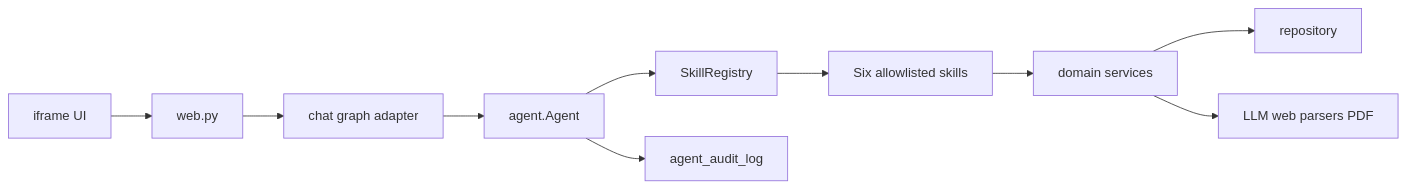
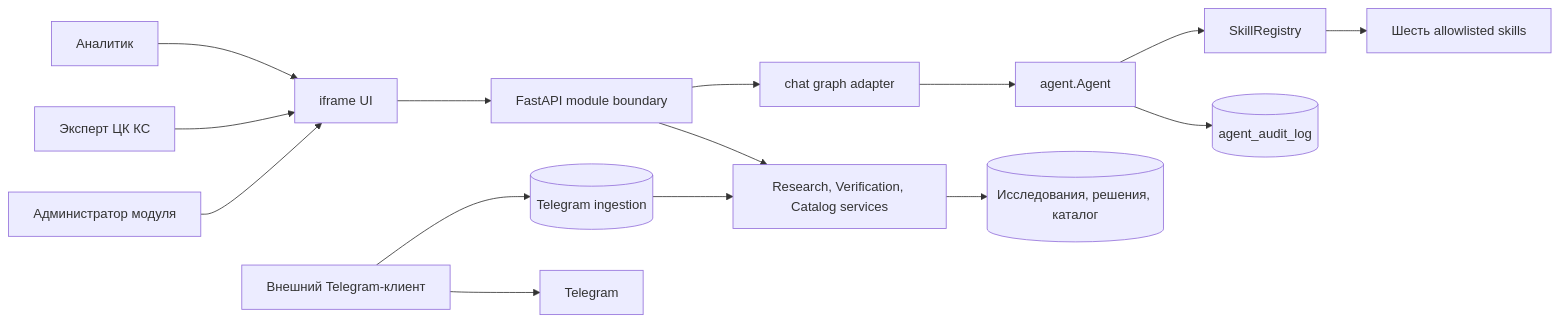
One commit to SashaEee/auditLens changed the first of 3 diagrams in docs/loophole/bmad/planning-artifacts/architecture/architecture-auditLens-2026-08-26/ARCHITECTURE-SPINE.md. Above: the diagram before and after it, drawn with Mermaid. The commit also changed other lines of this file and 12 other files, not shown here.

````diff
--- a/docs/loophole/bmad/planning-artifacts/architecture/architecture-auditLens-2026-08-26/ARCHITECTURE-SPINE.md
+++ b/docs/loophole/bmad/planning-artifacts/architecture/architecture-auditLens-2026-08-26/ARCHITECTURE-SPINE.md
@@ -26,12 +28,17 @@
 ```mermaid
 flowchart LR
-  UI[iframe UI] --> WEB[web.py]
-  WEB --> CHAT[chat graph adapter]
+  Analyst[Аналитик] --> UI[iframe UI]
+  Expert[Эксперт ЦК КС] --> UI
+  Admin[Администратор модуля] --> UI
+  UI --> API[FastAPI module boundary]
+  API --> APP[Research, Verification, Catalog services]
+  API --> CHAT[chat graph adapter]
   CHAT --> AGENT[agent.Agent]
   AGENT --> REG[SkillRegistry]
-  REG --> SKILLS[Six allowlisted skills]
-  SKILLS --> DOMAIN[domain services]
-  DOMAIN --> REPO[repository]
-  DOMAIN --> EXT[LLM web parsers PDF]
-  AGENT --> AUDIT[agent_audit_log]
+  REG --> SKILLS[Шесть allowlisted skills]
+  APP --> CORE[(Исследования, решения, каталог)]
+  AGENT --> AUDIT[(agent_audit_log)]
+  TGWORKER[Внешний Telegram-клиент] --> INGRESS[(Telegram ingestion)]
+  INGRESS --> APP
+  TGWORKER --> TG[Telegram]
 ```
````
